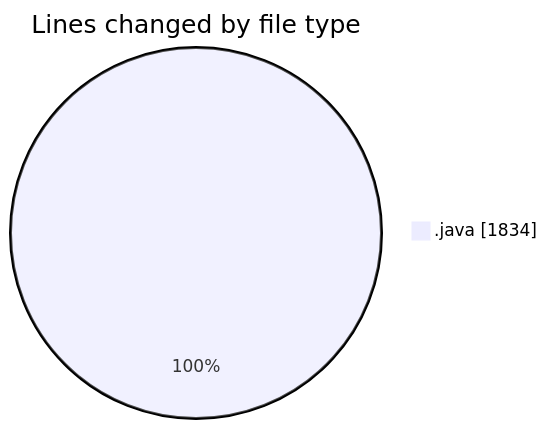
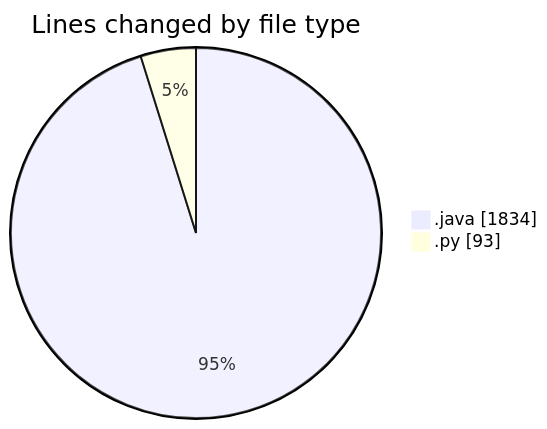
Before and after one commit to ricardozamudiocil/code-tracking: the first of 2 diagrams in 2026-07-21/cilreports__workspace_/README.md, drawn with Mermaid. The commit also changed other lines of this file and 1 other file, not shown here.

````diff
--- a/2026-07-21/cilreports__workspace_/README.md
+++ b/2026-07-21/cilreports__workspace_/README.md
@@ -24,5 +26,6 @@
 ```mermaid
 pie showData
 title Lines changed by file type
 ".java" : 1834
+".py" : 93
 ```
````
